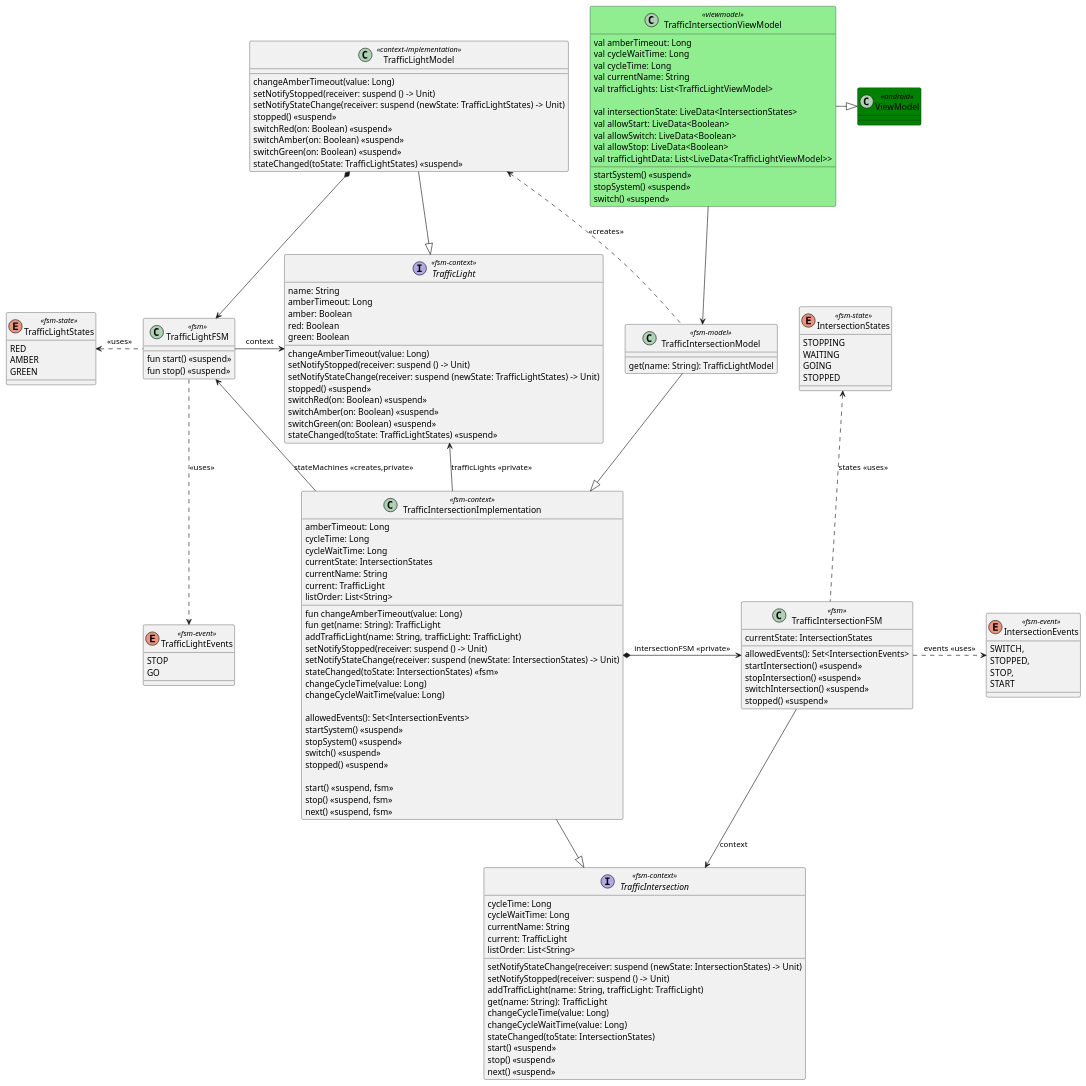
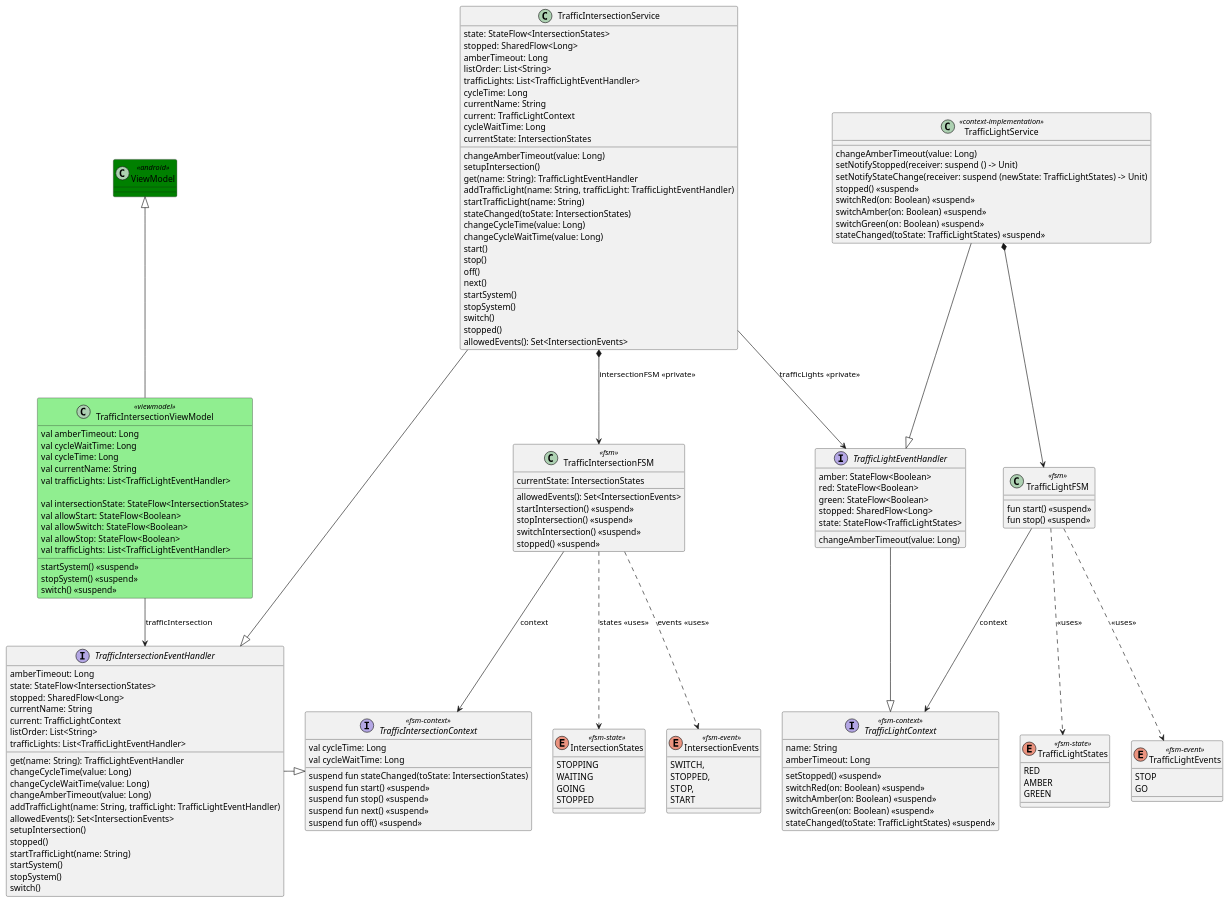
The diagram in models/traffic-intersection-model.puml (open-jumpco/kfsm-android-compose-traffic), drawn with PlantUML before and after one commit. The commit also changed 36 other files, not shown here.

```diff
--- a/models/traffic-intersection-model.puml
+++ b/models/traffic-intersection-model.puml
@@ -1,164 +1,175 @@
 @startuml
 
 enum TrafficLightStates <<fsm-state>> {
     RED
     AMBER
     GREEN
 }
 
 enum TrafficLightEvents <<fsm-event>> {
     STOP
     GO
 }
-
-interface TrafficLight <<fsm-context>> {
+interface TrafficLightContext <<fsm-context>> {
     name: String
     amberTimeout: Long
-    amber: Boolean
-    red: Boolean
-    green: Boolean
+    setStopped() <<suspend>>
+    switchRed(on: Boolean) <<suspend>>
+    switchAmber(on: Boolean) <<suspend>>
+    switchGreen(on: Boolean) <<suspend>>
+    stateChanged(toState: TrafficLightStates) <<suspend>>
+}
 
+interface TrafficLightEventHandler {
+    amber: StateFlow<Boolean>
+    red: StateFlow<Boolean>
+    green: StateFlow<Boolean>
+    stopped: SharedFlow<Long>
+    state: StateFlow<TrafficLightStates>
+    changeAmberTimeout(value: Long)
+}
+TrafficLightEventHandler -|> TrafficLightContext
+
+class TrafficLightFSM <<fsm>> {
+    fun start() <<suspend>>
+    fun stop() <<suspend>>
+}
+
+TrafficLightFSM ..> TrafficLightStates: <<uses>>
+TrafficLightFSM ..> TrafficLightEvents: <<uses>>
+TrafficLightFSM --> TrafficLightContext: context
+
+class TrafficLightService <<context-implementation>> {
     changeAmberTimeout(value: Long)
     setNotifyStopped(receiver: suspend () -> Unit)
     setNotifyStateChange(receiver: suspend (newState: TrafficLightStates) -> Unit)
     stopped() <<suspend>>
     switchRed(on: Boolean) <<suspend>>
     switchAmber(on: Boolean) <<suspend>>
     switchGreen(on: Boolean) <<suspend>>
     stateChanged(toState: TrafficLightStates) <<suspend>>
 }
 
-class TrafficLightFSM <<fsm>> {
-    fun start() <<suspend>>
-    fun stop() <<suspend>>
-}
-
-TrafficLightFSM .left.> TrafficLightStates: <<uses>>
-TrafficLightFSM ..> TrafficLightEvents: <<uses>>
-TrafficLightFSM -right-> TrafficLight: context
-
-class TrafficLightModel <<context-implementation>> {
-    changeAmberTimeout(value: Long)
-    setNotifyStopped(receiver: suspend () -> Unit)
-    setNotifyStateChange(receiver: suspend (newState: TrafficLightStates) -> Unit)
-    stopped() <<suspend>>
-    switchRed(on: Boolean) <<suspend>>
-    switchAmber(on: Boolean) <<suspend>>
-    switchGreen(on: Boolean) <<suspend>>
-    stateChanged(toState: TrafficLightStates) <<suspend>>
-}
-
-TrafficLightModel -left-|> TrafficLight
-TrafficLightModel *--> TrafficLightFSM
+TrafficLightService --|> TrafficLightEventHandler
+TrafficLightService *--> TrafficLightFSM
 
 
 enum IntersectionStates <<fsm-state>> {
     STOPPING
     WAITING
     GOING
     STOPPED
 }
 
 enum IntersectionEvents <<fsm-event>> {
     SWITCH,
     STOPPED,
     STOP,
     START
 }
 
-interface TrafficIntersection <<fsm-context>> {
-    cycleTime: Long
-    cycleWaitTime: Long
-    setNotifyStateChange(receiver: suspend (newState: IntersectionStates) -> Unit)
-    setNotifyStopped(receiver: suspend () -> Unit)
-    addTrafficLight(name: String, trafficLight: TrafficLight)
-    currentName: String
-    current: TrafficLight
-    listOrder: List<String>
-    get(name: String): TrafficLight
-    changeCycleTime(value: Long)
-    changeCycleWaitTime(value: Long)
-    stateChanged(toState: IntersectionStates)
-    start() <<suspend>>
-    stop() <<suspend>>
-    next() <<suspend>>
+interface TrafficIntersectionContext <<fsm-context>> {
+    val cycleTime: Long
+    val cycleWaitTime: Long
+    suspend fun stateChanged(toState: IntersectionStates)
+    suspend fun start() <<suspend>>
+    suspend fun stop() <<suspend>>
+    suspend fun next() <<suspend>>
+    suspend fun off() <<suspend>>
 }
 
 class TrafficIntersectionFSM <<fsm>> {
     currentState: IntersectionStates
     allowedEvents(): Set<IntersectionEvents>
     startIntersection() <<suspend>>
     stopIntersection() <<suspend>>
     switchIntersection() <<suspend>>
     stopped() <<suspend>>
 }
 
-TrafficIntersectionFSM --> TrafficIntersection: context
-TrafficIntersectionFSM .right.> IntersectionEvents: events <<uses>>
-TrafficIntersectionFSM .up.> IntersectionStates: states <<uses>>
+TrafficIntersectionFSM --> TrafficIntersectionContext: context
+TrafficIntersectionFSM ..> IntersectionEvents: events <<uses>>
+TrafficIntersectionFSM ..> IntersectionStates: states <<uses>>
 
-class TrafficIntersectionImplementation <<fsm-context>> {
+interface TrafficIntersectionEventHandler {
     amberTimeout: Long
-    cycleTime: Long
-    cycleWaitTime: Long
-    currentState: IntersectionStates
+    state: StateFlow<IntersectionStates>
+    stopped: SharedFlow<Long>
     currentName: String
-    current: TrafficLight
+    current: TrafficLightContext
     listOrder: List<String>
-    fun changeAmberTimeout(value: Long)
-    fun get(name: String): TrafficLight
-    addTrafficLight(name: String, trafficLight: TrafficLight)
-    setNotifyStopped(receiver: suspend () -> Unit)
-    setNotifyStateChange(receiver: suspend (newState: IntersectionStates) -> Unit)
-    stateChanged(toState: IntersectionStates) <<fsm>>
+    trafficLights: List<TrafficLightEventHandler>
+    get(name: String): TrafficLightEventHandler
     changeCycleTime(value: Long)
     changeCycleWaitTime(value: Long)
-
+    changeAmberTimeout(value: Long)
+    addTrafficLight(name: String, trafficLight: TrafficLightEventHandler)
     allowedEvents(): Set<IntersectionEvents>
-    startSystem() <<suspend>>
-    stopSystem() <<suspend>>
-    switch() <<suspend>>
-    stopped() <<suspend>>
-
-    start() <<suspend, fsm>>
-    stop() <<suspend, fsm>>
-    next() <<suspend, fsm>>
+    setupIntersection()
+    stopped()
+    startTrafficLight(name: String)
+    startSystem()
+    stopSystem()
+    switch()
 }
 
-TrafficIntersectionImplementation --|> TrafficIntersection
-TrafficIntersectionImplementation *-right-> TrafficIntersectionFSM: intersectionFSM <<private>>
-TrafficIntersectionImplementation -left-> TrafficLightFSM: stateMachines <<creates,private>>
-TrafficIntersectionImplementation -up-> TrafficLight: trafficLights <<private>>
+TrafficIntersectionEventHandler -|> TrafficIntersectionContext
 
-
-class TrafficIntersectionModel <<fsm-model>> {
-    get(name: String): TrafficLightModel
+class TrafficIntersectionService {
+    state: StateFlow<IntersectionStates>
+    stopped: SharedFlow<Long>
+    amberTimeout: Long
+    changeAmberTimeout(value: Long)
+    setupIntersection()
+    listOrder: List<String>
+    trafficLights: List<TrafficLightEventHandler>
+    cycleTime: Long
+        currentName: String
+        current: TrafficLightContext
+        cycleWaitTime: Long
+        currentState: IntersectionStates
+    get(name: String): TrafficLightEventHandler
+    addTrafficLight(name: String, trafficLight: TrafficLightEventHandler)
+    startTrafficLight(name: String)
+    stateChanged(toState: IntersectionStates)
+    changeCycleTime(value: Long)
+    changeCycleWaitTime(value: Long)
+    start()
+    stop()
+    off()
+    next()
+    startSystem()
+    stopSystem()
+    switch()
+    stopped()
+    allowedEvents(): Set<IntersectionEvents>
 }
 
-TrafficIntersectionModel .left.> TrafficLightModel: <<creates>>
-TrafficIntersectionModel -down-|> TrafficIntersectionImplementation
+TrafficIntersectionService --|> TrafficIntersectionEventHandler
+TrafficIntersectionService *--> TrafficIntersectionFSM: intersectionFSM <<private>>
+TrafficIntersectionService --> TrafficLightEventHandler: trafficLights <<private>>
 
 class TrafficIntersectionViewModel <<viewmodel>> #lightgreen {
     val amberTimeout: Long
     val cycleWaitTime: Long
     val cycleTime: Long
     val currentName: String
-    val trafficLights: List<TrafficLightViewModel>
+    val trafficLights: List<TrafficLightEventHandler>
 
-    val intersectionState: LiveData<IntersectionStates>
-    val allowStart: LiveData<Boolean>
-    val allowSwitch: LiveData<Boolean>
-    val allowStop: LiveData<Boolean>
-    val trafficLightData: List<LiveData<TrafficLightViewModel>>
+    val intersectionState: StateFlow<IntersectionStates>
+    val allowStart: StateFlow<Boolean>
+    val allowSwitch: StateFlow<Boolean>
+    val allowStop: StateFlow<Boolean>
+    val trafficLights: List<TrafficLightEventHandler>
 
     startSystem() <<suspend>>
     stopSystem() <<suspend>>
     switch() <<suspend>>
 }
 
-TrafficIntersectionViewModel --> TrafficIntersectionModel
-TrafficIntersectionViewModel -right-|> ViewModel
+TrafficIntersectionViewModel --> TrafficIntersectionEventHandler: trafficIntersection
+TrafficIntersectionViewModel -up-|> ViewModel
 class ViewModel <<android>> #green {
 }
 
 @enduml
```
